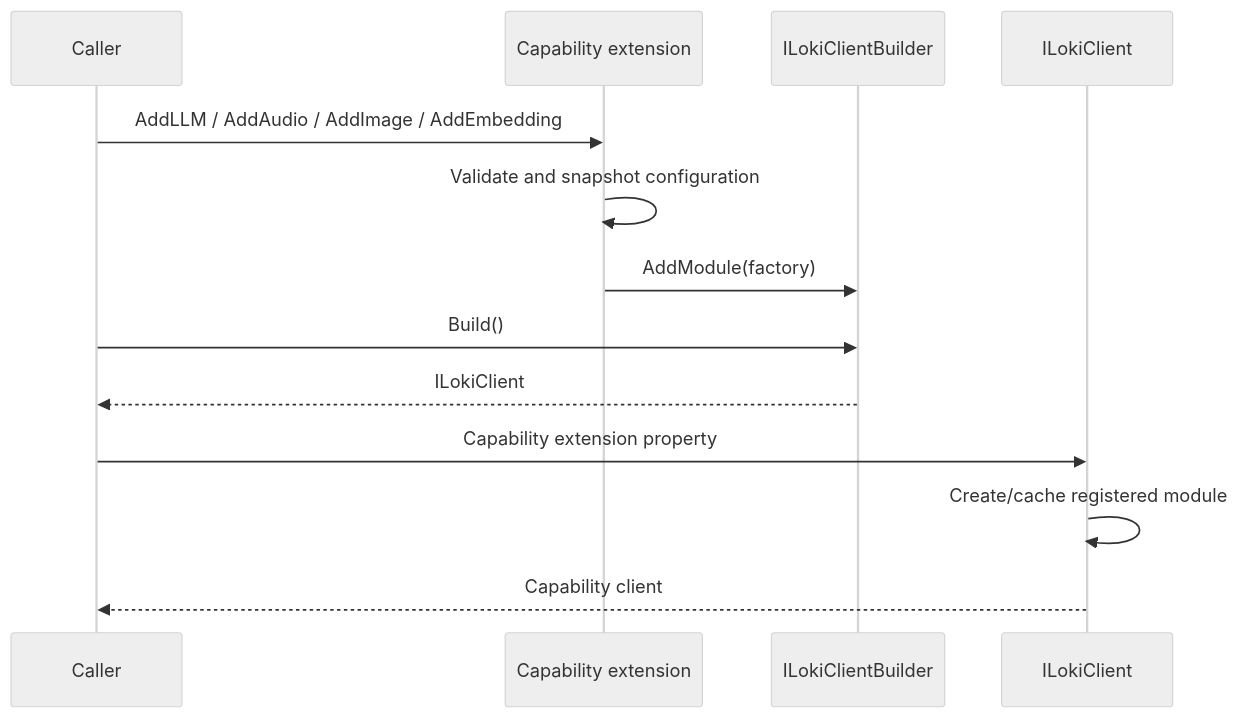
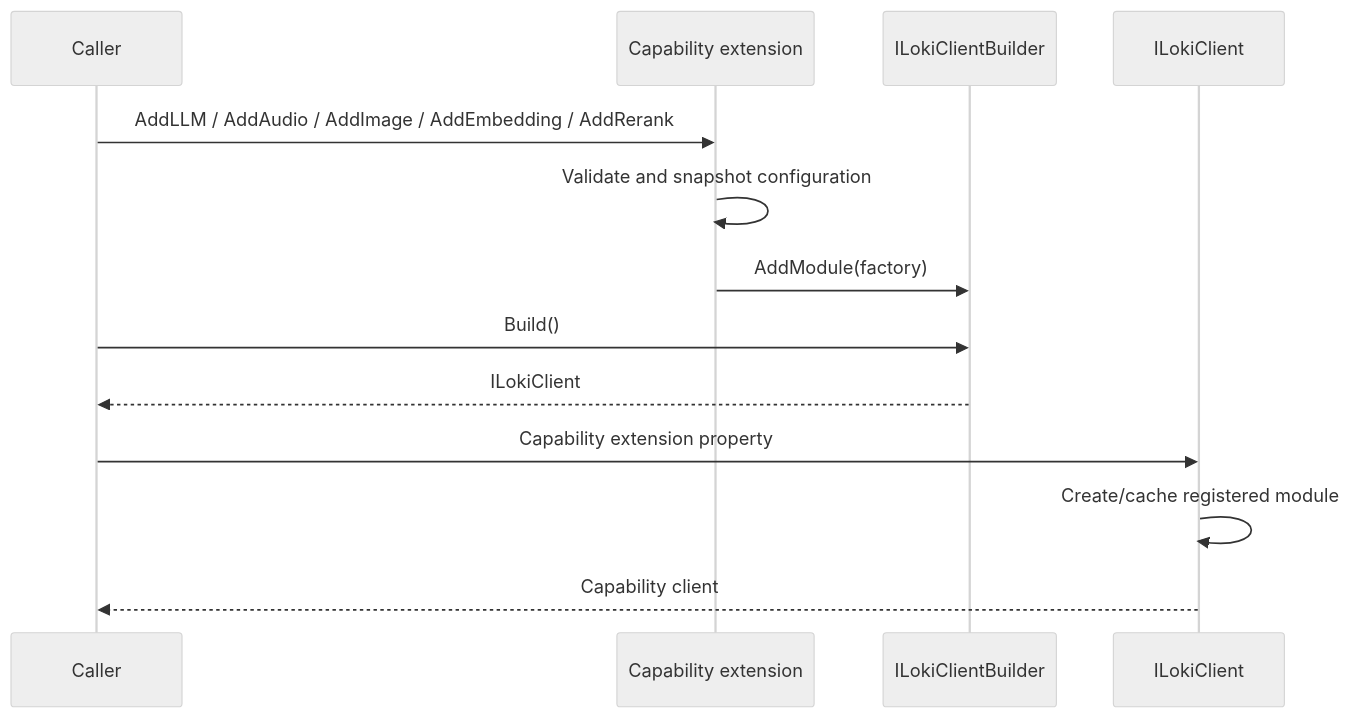
The second of 17 diagrams in docs/architecture.md (BenLampson/Asgard.Loki), drawn with Mermaid (neutral theme) before and after one commit. The commit also changed other lines of this file and 25 other files, not shown here.

````diff
--- a/docs/architecture.md
+++ b/docs/architecture.md
@@ -54,15 +56,15 @@
 ```mermaid
 sequenceDiagram
 participant Caller
 participant Extension as Capability extension
 participant Builder as ILokiClientBuilder
 participant Client as ILokiClient
-Caller->>Extension: AddLLM / AddAudio / AddImage / AddEmbedding
+Caller->>Extension: AddLLM / AddAudio / AddImage / AddEmbedding / AddRerank
 Extension->>Extension: Validate and snapshot configuration
 Extension->>Builder: AddModule(factory)
 Caller->>Builder: Build()
 Builder-->>Caller: ILokiClient
 Caller->>Client: Capability extension property
 Client->>Client: Create/cache registered module
 Client-->>Caller: Capability client
 ```
````
